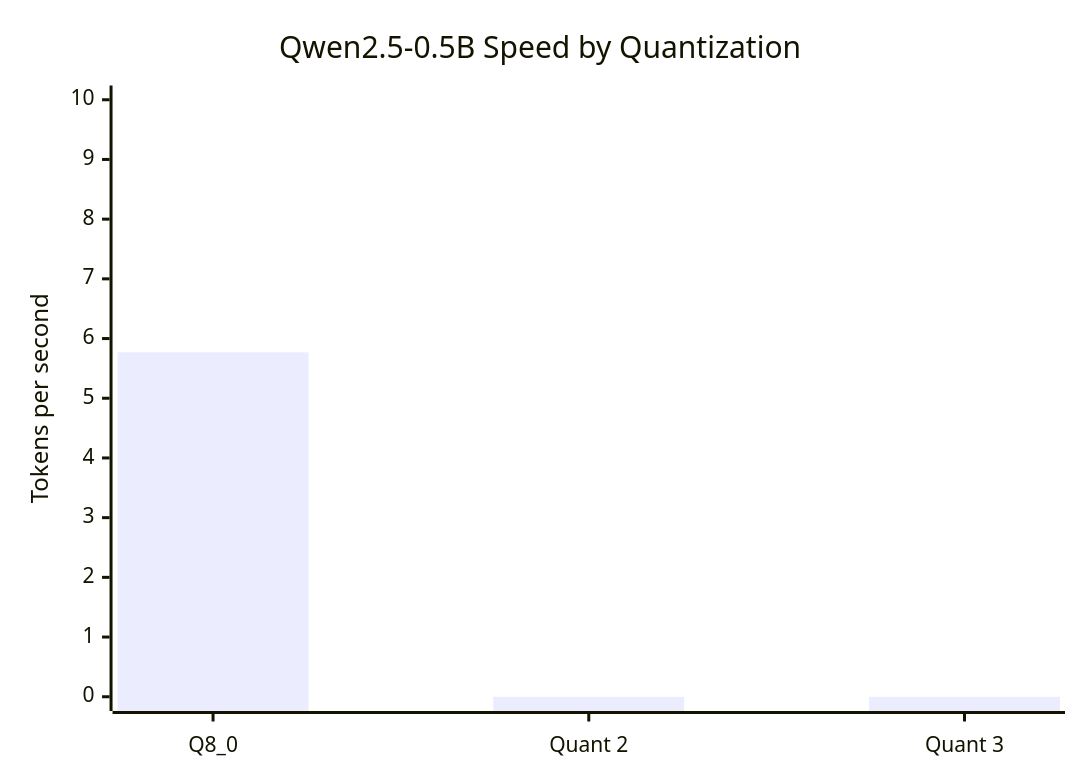
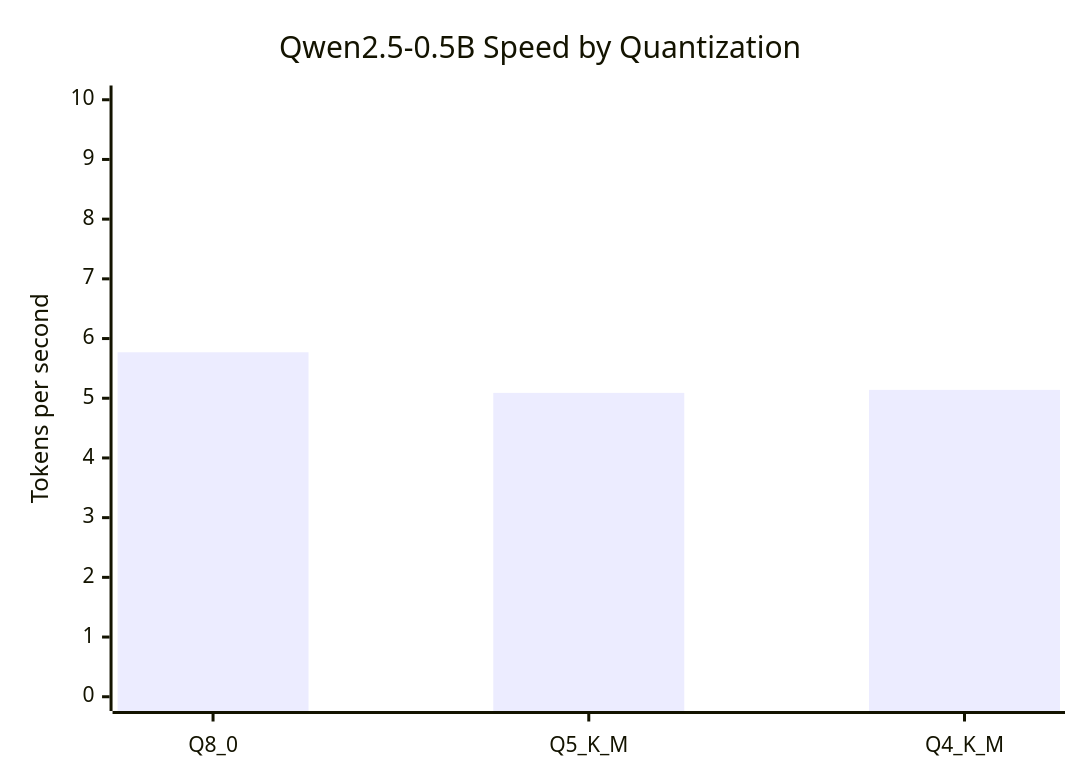
Before and after one commit to venthandinesh/SoC_Design_Lab: the fifth of 9 diagrams in lab1_report.md, drawn with Mermaid. The commit also changed other lines of this file, not shown here.

````diff
--- a/lab1_report.md
+++ b/lab1_report.md
@@ -121,7 +123,7 @@
 ```mermaid
 xychart-beta
     title "Qwen2.5-0.5B Speed by Quantization"
-    x-axis ["Q8_0", "Quant 2", "Quant 3"]
+    x-axis ["Q8_0", "Q5_K_M", "Q4_K_M"]
     y-axis "Tokens per second" 0 --> 10
-    bar [5.77, 0, 0]
+    bar [5.77, 5.09, 5.14]
 ```
````
